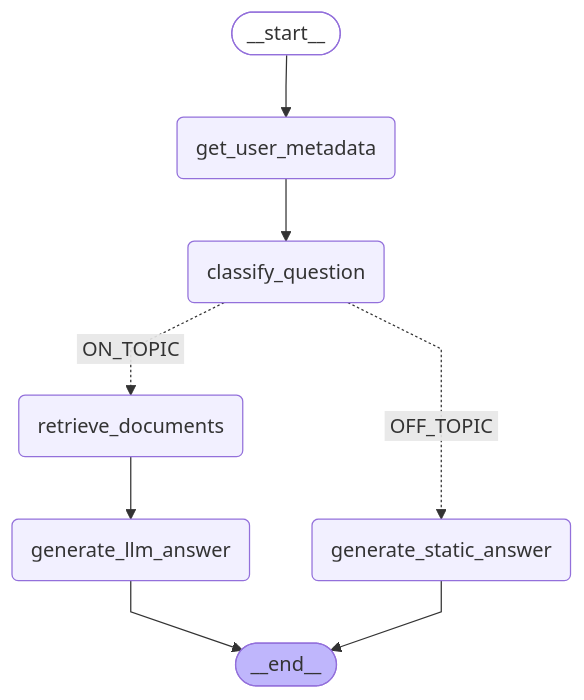
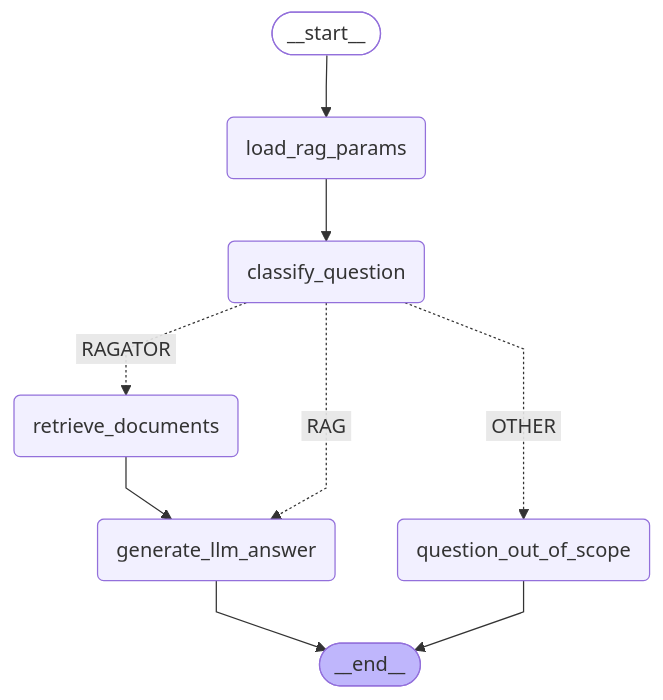
The diagram in README.md (gabguerin/ragator-v2), drawn with Mermaid before and after one commit. The commit also changed 44 other files, not shown here.

Commit message:
Refacto rag_graph modules, implement ragator nodes

````diff
--- a/README.md
+++ b/README.md
@@ -5,26 +5,27 @@
 ```mermaid
 ---
 config:
   flowchart:
     curve: linear
 ---
 graph TD;
         __start__([<p>__start__</p>]):::first
-        get_user_metadata(get_user_metadata)
+        load_rag_params(load_rag_params)
         classify_question(classify_question)
-        generate_static_answer(generate_static_answer)
+        question_out_of_scope(question_out_of_scope)
         retrieve_documents(retrieve_documents)
         generate_llm_answer(generate_llm_answer)
         __end__([<p>__end__</p>]):::last
-        __start__ --> get_user_metadata;
+        __start__ --> load_rag_params;
         generate_llm_answer --> __end__;
-        generate_static_answer --> __end__;
-        get_user_metadata --> classify_question;
+        load_rag_params --> classify_question;
+        question_out_of_scope --> __end__;
         retrieve_documents --> generate_llm_answer;
-        classify_question -. &nbsp;OFF_TOPIC&nbsp; .-> generate_static_answer;
-        classify_question -. &nbsp;ON_TOPIC&nbsp; .-> retrieve_documents;
+        classify_question -. &nbsp;RAGATOR&nbsp; .-> retrieve_documents;
+        classify_question -. &nbsp;RAG&nbsp; .-> generate_llm_answer;
+        classify_question -. &nbsp;OTHER&nbsp; .-> question_out_of_scope;
         classDef default fill:#f2f0ff,line-height:1.2
         classDef first fill-opacity:0
         classDef last fill:#bfb6fc
 
 ```
````
